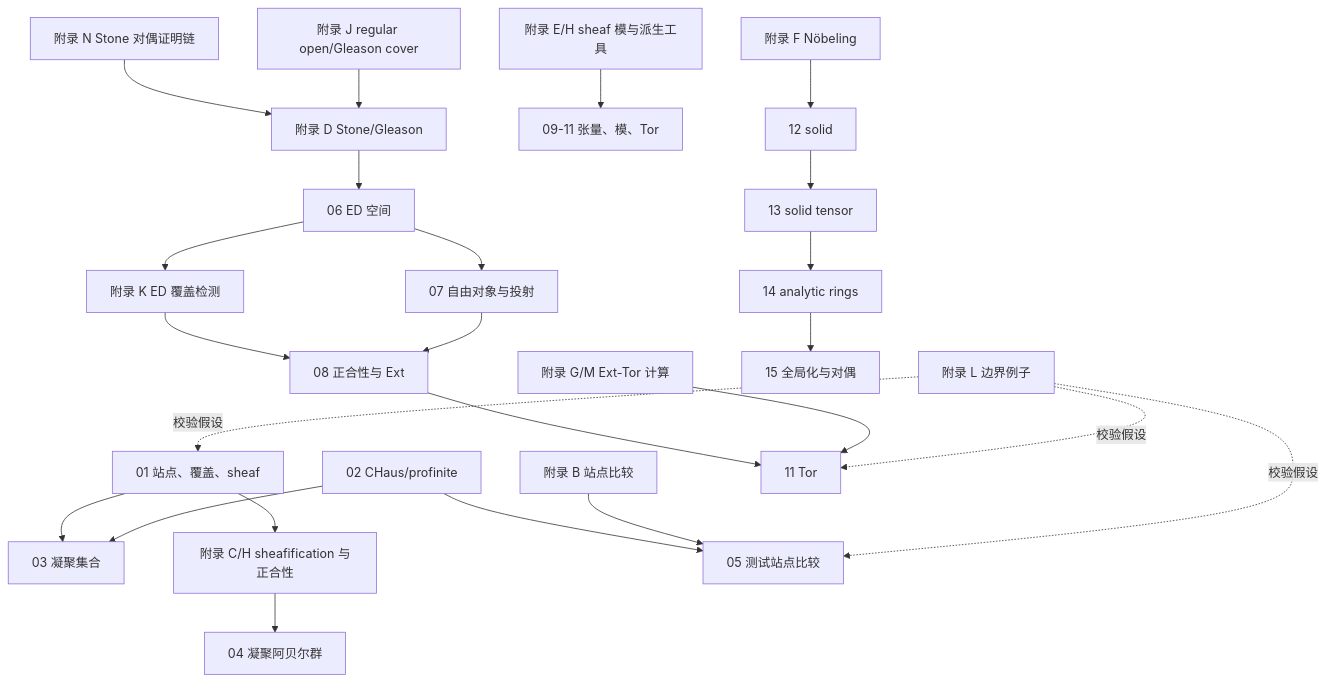
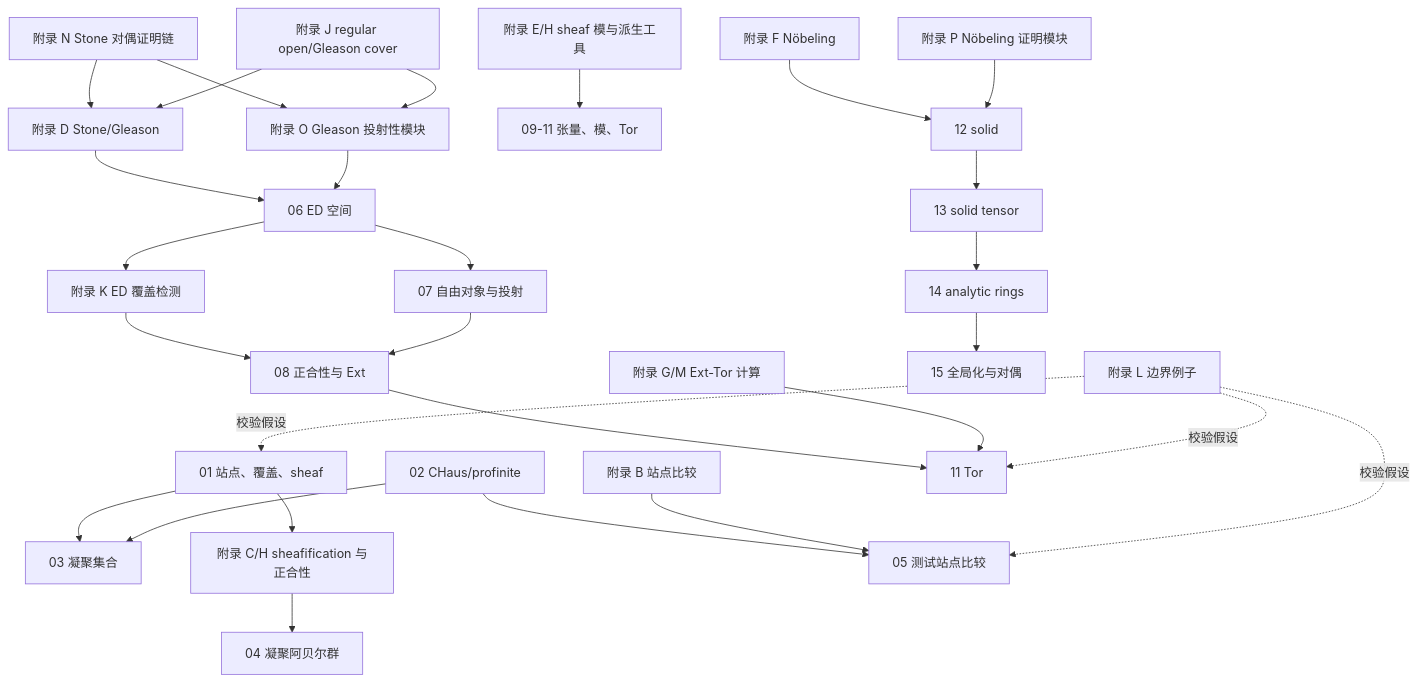
The second of 2 diagrams in books/condensed-mathematics/DEPENDENCY_GRAPH.md (glenzli/ai-summary-book), drawn with Mermaid before and after one commit. The commit also changed other lines of this file and 77 other files, not shown here.

````diff
--- a/books/condensed-mathematics/DEPENDENCY_GRAPH.md
+++ b/books/condensed-mathematics/DEPENDENCY_GRAPH.md
@@ -35,26 +35,30 @@
 ```mermaid
 flowchart TD
   V1_1["01 站点、覆盖、sheaf"] --> V1_3["03 凝聚集合"]
   V1_2["02 CHaus/profinite"] --> V1_3
   V1_1 --> V1_C["附录 C/H sheafification 与正合性"]
   V1_C --> V1_4["04 凝聚阿贝尔群"]
   V1_2 --> V1_5["05 测试站点比较"]
   V1_B["附录 B 站点比较"] --> V1_5
   V1_D["附录 D Stone/Gleason"] --> V1_6["06 ED 空间"]
   V1_N["附录 N Stone 对偶证明链"] --> V1_D
   V1_J["附录 J regular open/Gleason cover"] --> V1_D
+  V1_O["附录 O Gleason 投射性模块"] --> V1_6
+  V1_N --> V1_O
+  V1_J --> V1_O
   V1_6 --> V1_7["07 自由对象与投射"]
   V1_6 --> V1_K["附录 K ED 覆盖检测"]
   V1_K --> V1_8
   V1_7 --> V1_8["08 正合性与 Ext"]
   V1_E["附录 E/H sheaf 模与派生工具"] --> V1_9["09-11 张量、模、Tor"]
   V1_8 --> V1_11["11 Tor"]
   V1_G["附录 G/M Ext-Tor 计算"] --> V1_11
   V1_F["附录 F Nöbeling"] --> V1_12["12 solid"]
+  V1_P["附录 P Nöbeling 证明模块"] --> V1_12
   V1_12 --> V1_13["13 solid tensor"]
   V1_13 --> V1_14["14 analytic rings"]
   V1_14 --> V1_15["15 全局化与对偶"]
   V1_L["附录 L 边界例子"] -.校验假设.-> V1_1
   V1_L -.校验假设.-> V1_5
   V1_L -.校验假设.-> V1_11
 ```
````
